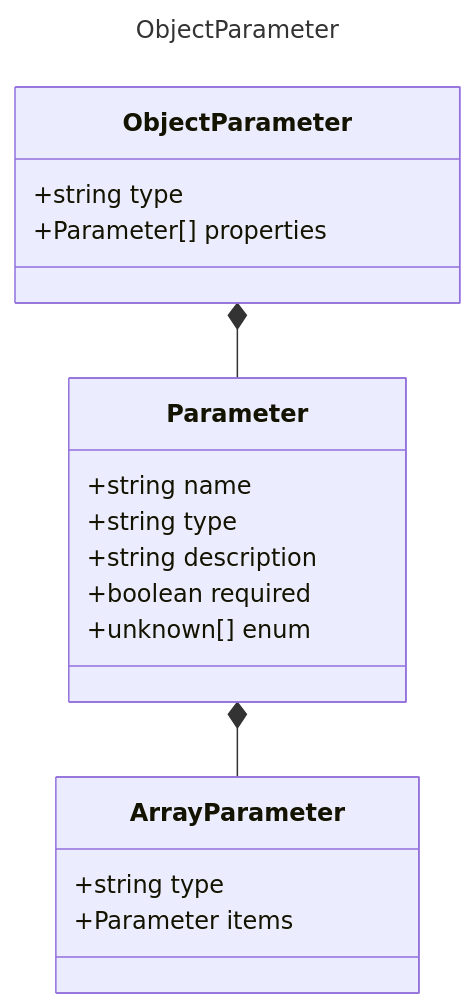
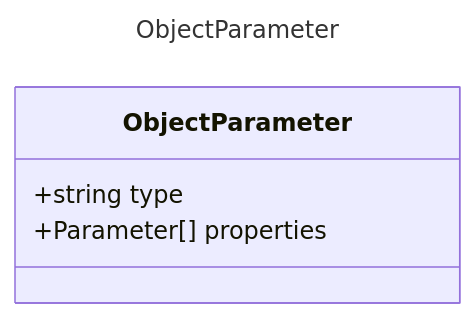
The diagram in specification/prompty/docs/ObjectParameter.md (microsoft/prompty), drawn with Mermaid before and after one commit. The commit also changed 22 other files, not shown here.

Commit message:
corrected class diagrams

````diff
--- a/specification/prompty/docs/ObjectParameter.md
+++ b/specification/prompty/docs/ObjectParameter.md
@@ -7,23 +7,10 @@
 ```mermaid
 ---
 title: ObjectParameter
 ---
 classDiagram
-    class Parameter {
-        +string name
-        +string type
-        +string description
-        +boolean required
-        +unknown[] enum
-    }
-    class ArrayParameter {
-        +string type
-        +Parameter items
-    }
     class ObjectParameter {
         +string type
         +Parameter[] properties
     }
-    ObjectParameter *-- Parameter
-    Parameter *-- ArrayParameter
 ```
````
